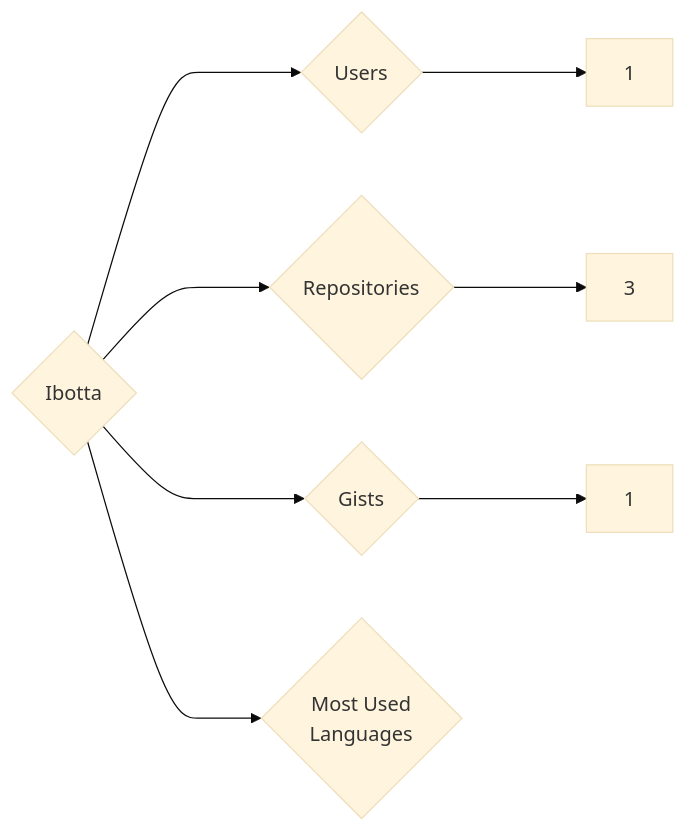
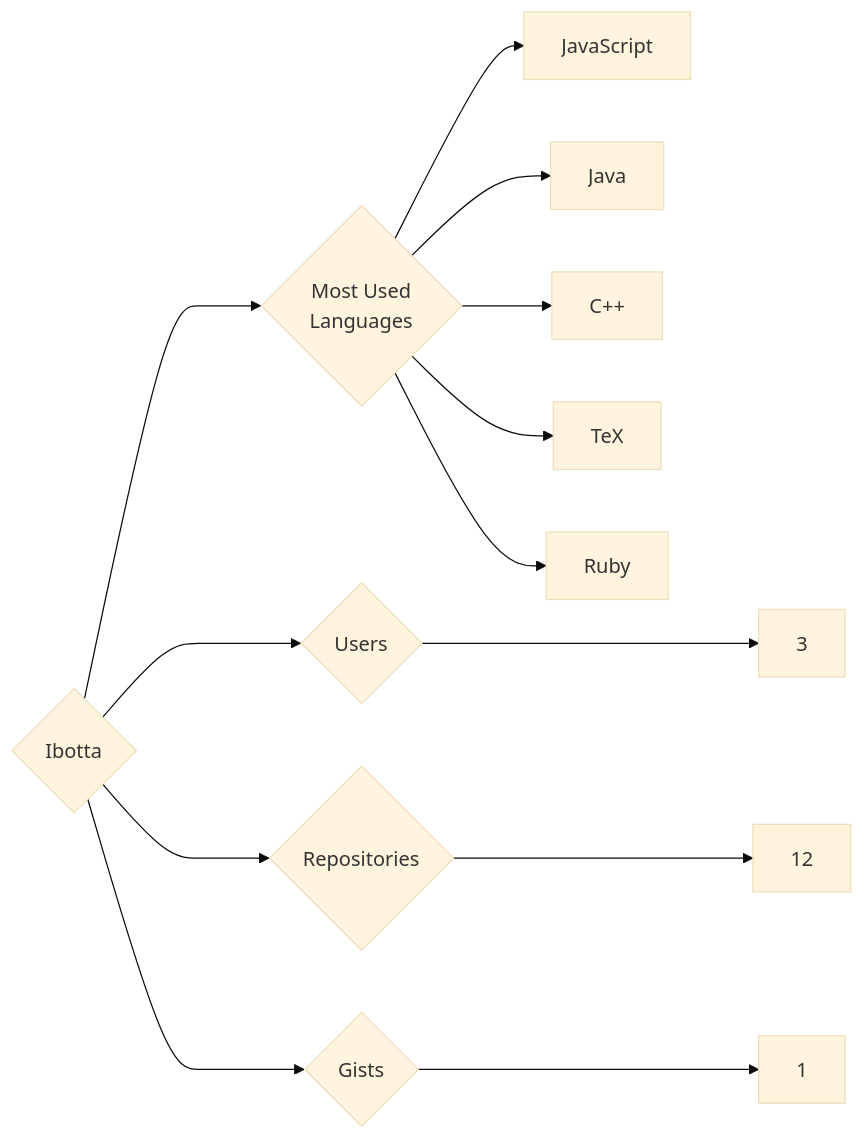
The diagram in targets/Ibotta/README.md (trickest/insiders), drawn with Mermaid (base theme) before and after one commit. The commit also changed 1120 other files, not shown here.

````diff
--- a/targets/Ibotta/README.md
+++ b/targets/Ibotta/README.md
@@ -3,8 +3,13 @@
 ```mermaid
 graph LR
 COMPANY_NAME{Ibotta}
-COMPANY_NAME ---> U{Users} ---> UN[1]
-COMPANY_NAME ---> R{Repositories} ---> RN[3]
+COMPANY_NAME ---> U{Users} ---> UN[3]
+COMPANY_NAME ---> R{Repositories} ---> RN[12]
 COMPANY_NAME ---> G{Gists} ---> GN[1]
 COMPANY_NAME ---> ML{Most Used<br>Languages}
+ML --> JavaScript[JavaScript]
+ML --> Java[Java]
+ML --> C++[C++]
+ML --> TeX[TeX]
+ML --> Ruby[Ruby]
 ```
````
